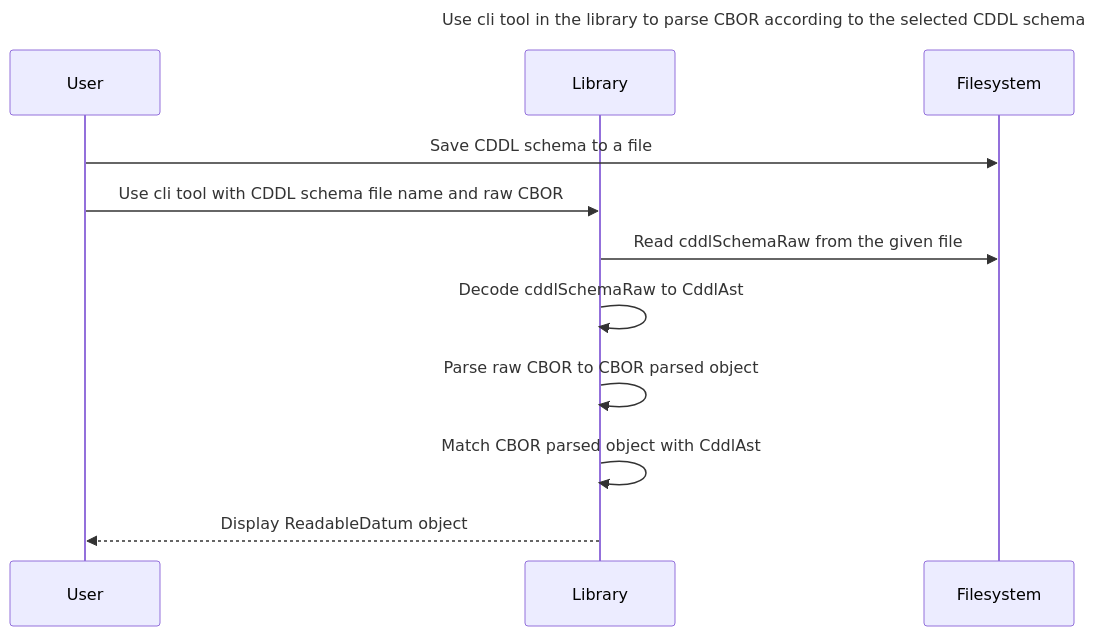
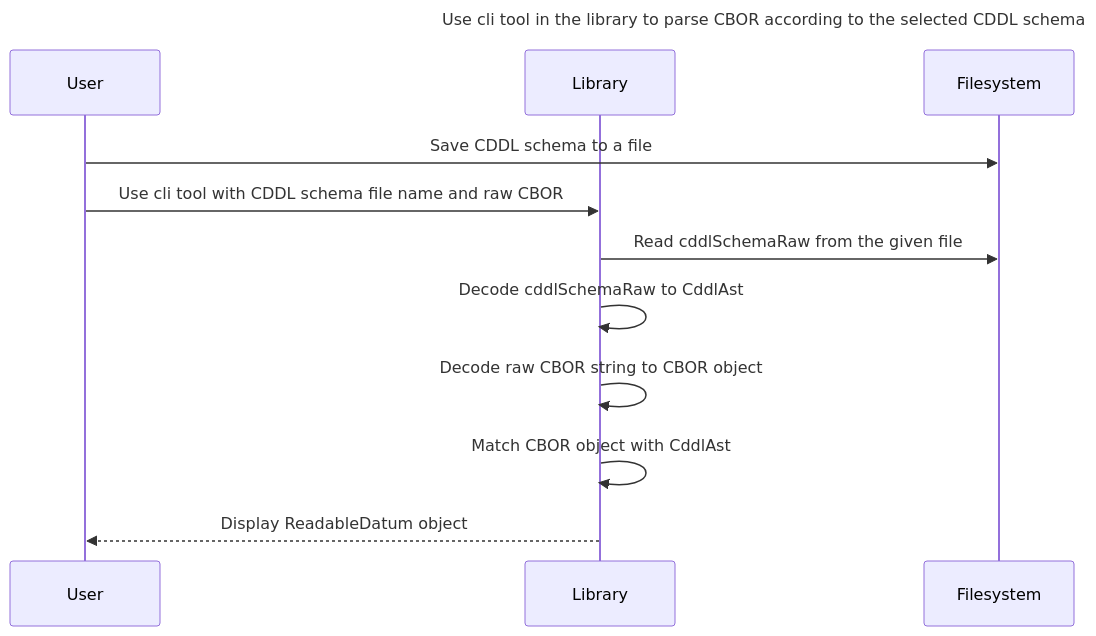
Before and after one commit to WingRiders/datum-explorer: the second of 2 diagrams in docs/architecture.md, drawn with Mermaid. The commit also changed other lines of this file and 24 other files, not shown here.

````diff
--- a/docs/architecture.md
+++ b/docs/architecture.md
@@ -50,17 +50,17 @@
 ```mermaid
 ---
 title: Use cli tool in the library to parse CBOR according to the selected CDDL schema
 ---
 sequenceDiagram
     participant User
     participant Library
     participant Filesystem
 
     User->>Filesystem: Save CDDL schema to a file
     User->>Library: Use cli tool with CDDL schema file name and raw CBOR
     Library->>Filesystem: Read cddlSchemaRaw from the given file
     Library->>Library: Decode cddlSchemaRaw to CddlAst
-    Library->>Library: Parse raw CBOR to CBOR parsed object
-    Library->>Library: Match CBOR parsed object with CddlAst
+    Library->>Library: Decode raw CBOR string to CBOR object
+    Library->>Library: Match CBOR object with CddlAst
     Library-->>User: Display ReadableDatum object
 ```
````
